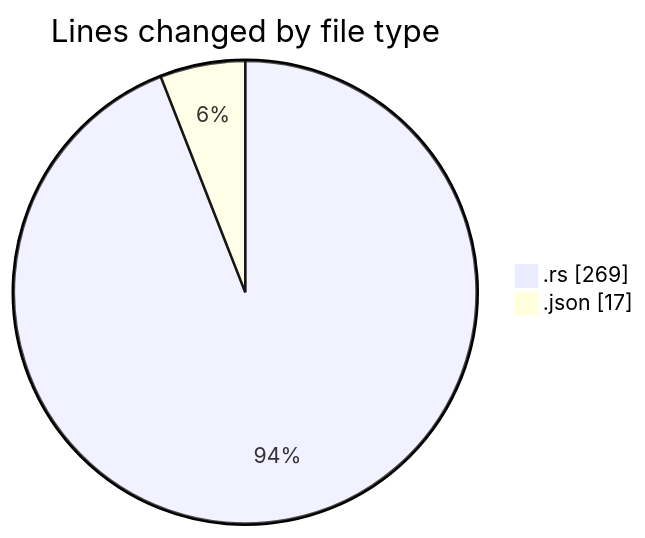
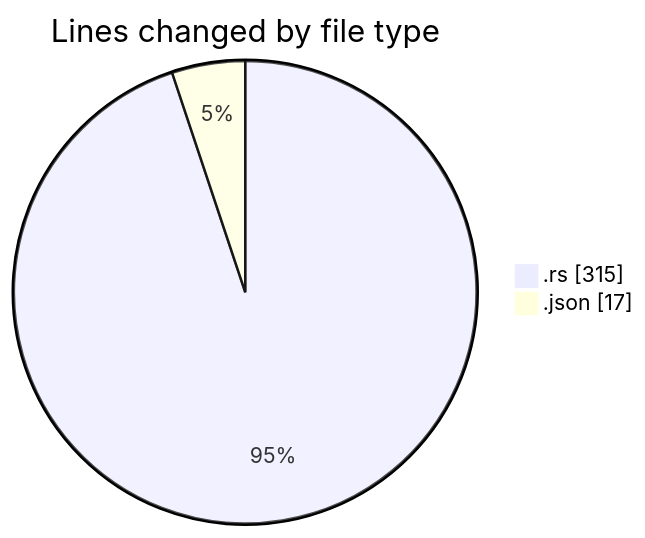
One commit to Ritupan-Deka/code-tracking changed the first of 2 diagrams in 2025-12-28/rust/README.md. Above: the diagram before and after it, drawn with Mermaid. The commit also changed other lines of this file and 1 other file, not shown here.

````diff
--- a/2025-12-28/rust/README.md
+++ b/2025-12-28/rust/README.md
@@ -21,6 +21,6 @@
 ```mermaid
 pie showData
 title Lines changed by file type
-".rs" : 269
+".rs" : 315
 ".json" : 17
 ```
````
